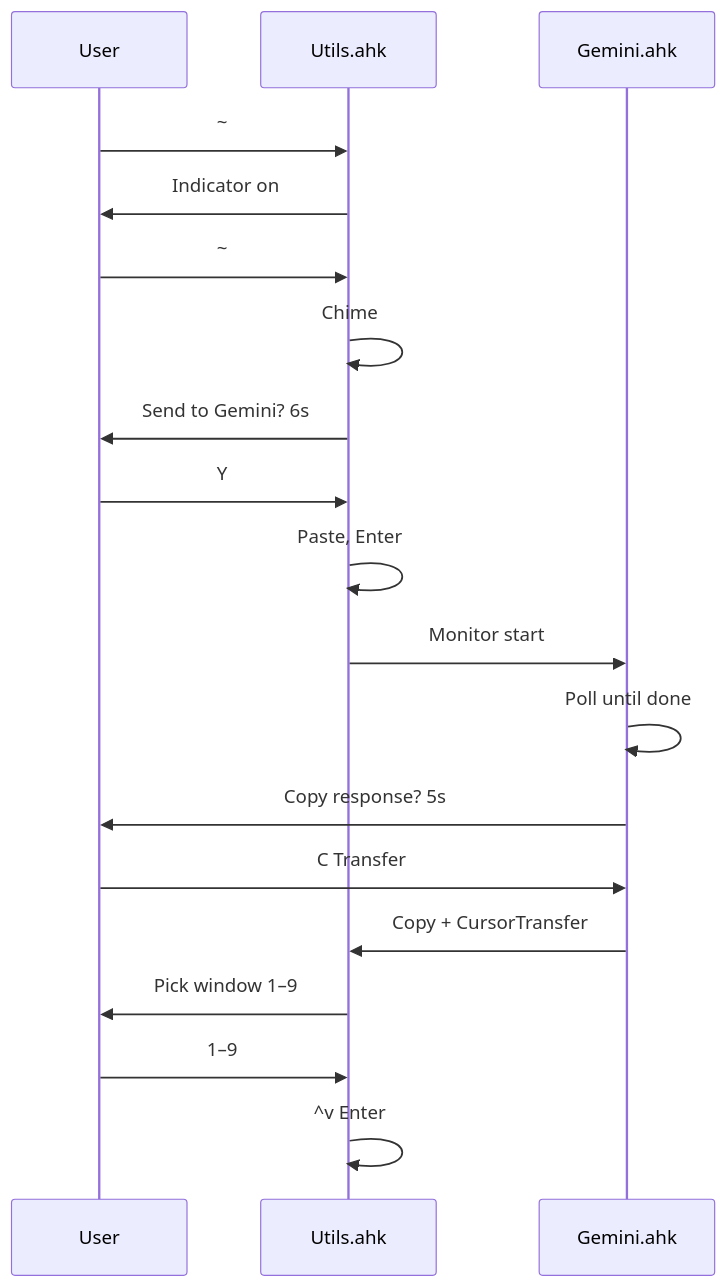
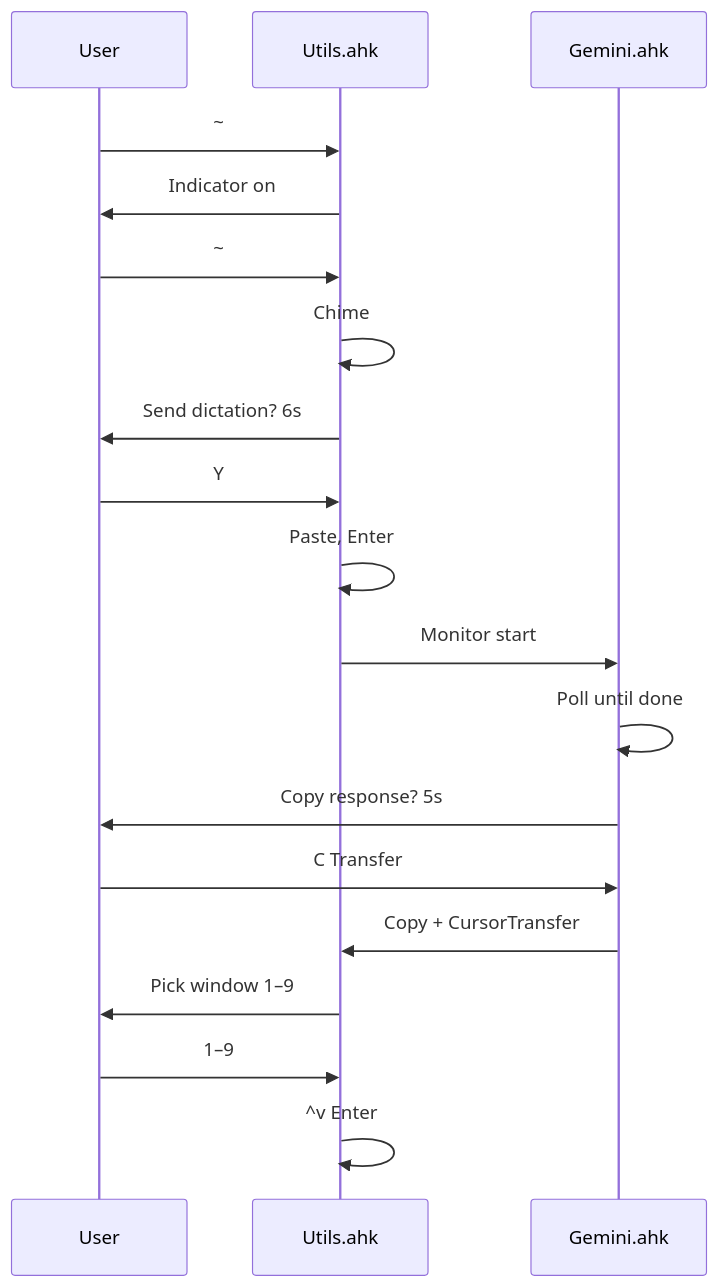
Before and after one commit to duducm2/scripts: the second of 2 diagrams in docs/dictation-to-gemini-cursor-flow.md, drawn with Mermaid. The commit also changed other lines of this file and 7 other files, not shown here.

````diff
--- a/docs/dictation-to-gemini-cursor-flow.md
+++ b/docs/dictation-to-gemini-cursor-flow.md
@@ -117,22 +117,22 @@
 ```mermaid
 sequenceDiagram
     participant User
     participant AHK as Utils.ahk
     participant Gemini as Gemini.ahk
 
     User->>AHK: ~#!+0 start
     AHK->>User: Indicator on
     User->>AHK: ~#!+0 stop
     AHK->>AHK: Chime
-    AHK->>User: Send to Gemini? 6s
+    AHK->>User: Send dictation? 6s
     User->>AHK: Y
     AHK->>AHK: Paste, Enter
     AHK->>Gemini: Monitor start
     Gemini->>Gemini: Poll until done
     Gemini->>User: Copy response? 5s
     User->>Gemini: C Transfer
     Gemini->>AHK: Copy + CursorTransfer
     AHK->>User: Pick window 1–9
     User->>AHK: 1–9
     AHK->>AHK: ^v Enter
 ```
````
